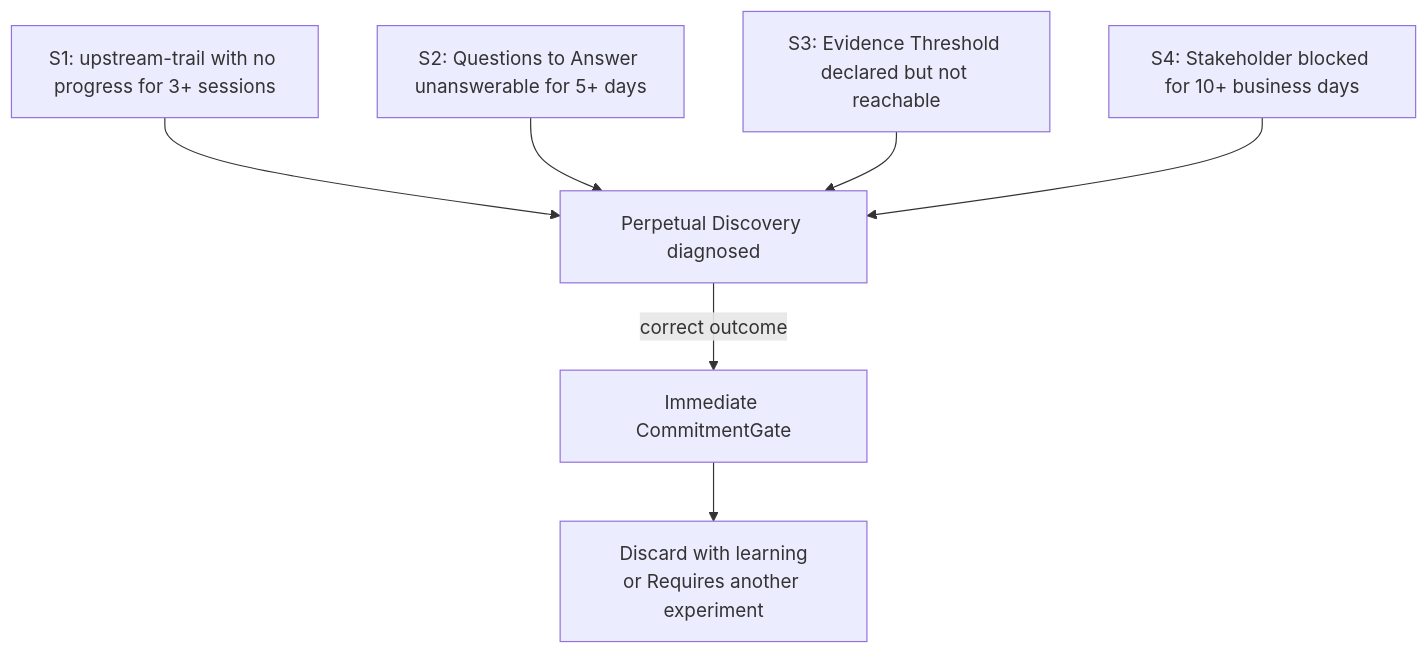
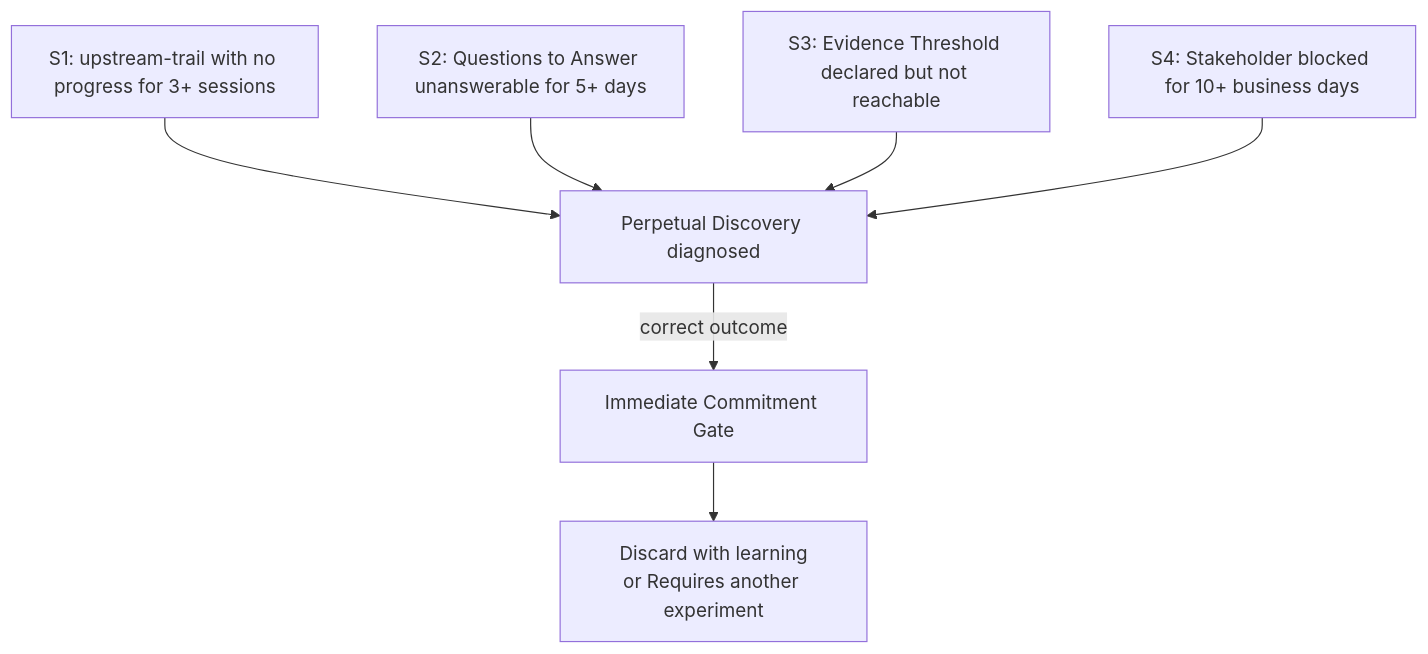
One commit to produtoreativo/from-intent-to-outcome changed the second of 3 diagrams in en/chapter-05.md. Above: the diagram before and after it, drawn with Mermaid. The commit also changed other lines of this file and 26 other files, not shown here.

````diff
--- a/en/chapter-05.md
+++ b/en/chapter-05.md
@@ -99,10 +99,10 @@
 ```mermaid
 graph TD
     S1["S1: upstream-trail with no progress for 3+ sessions"]
     S2["S2: Questions to Answer unanswerable for 5+ days"]
     S3["S3: Evidence Threshold declared but not reachable"]
     S4["S4: Stakeholder blocked for 10+ business days"]
     S1 & S2 & S3 & S4 --> PD["Perpetual Discovery diagnosed"]
-    PD --> |"correct outcome"| CG["Immediate CommitmentGate"]
+    PD --> |"correct outcome"| CG["Immediate Commitment Gate"]
     CG --> D["Discard with learning\nor Requires another experiment"]
 ```
````
